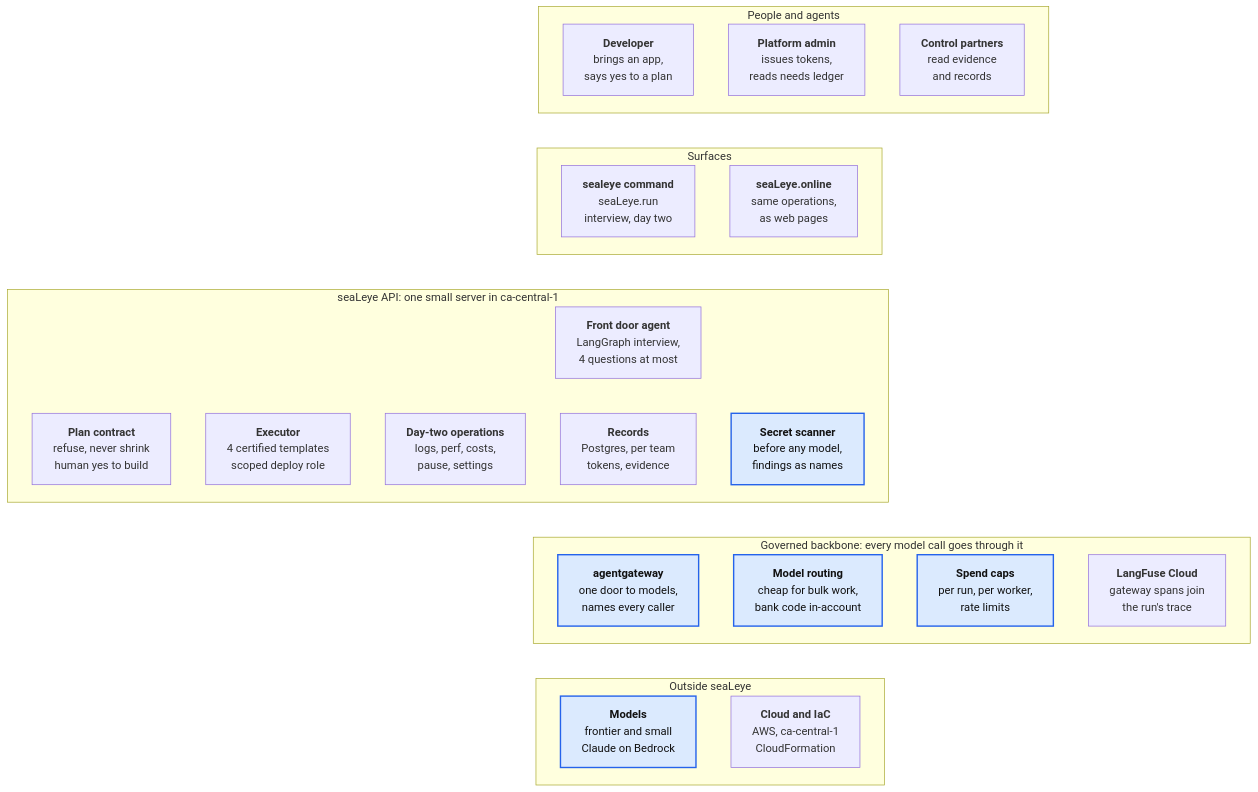
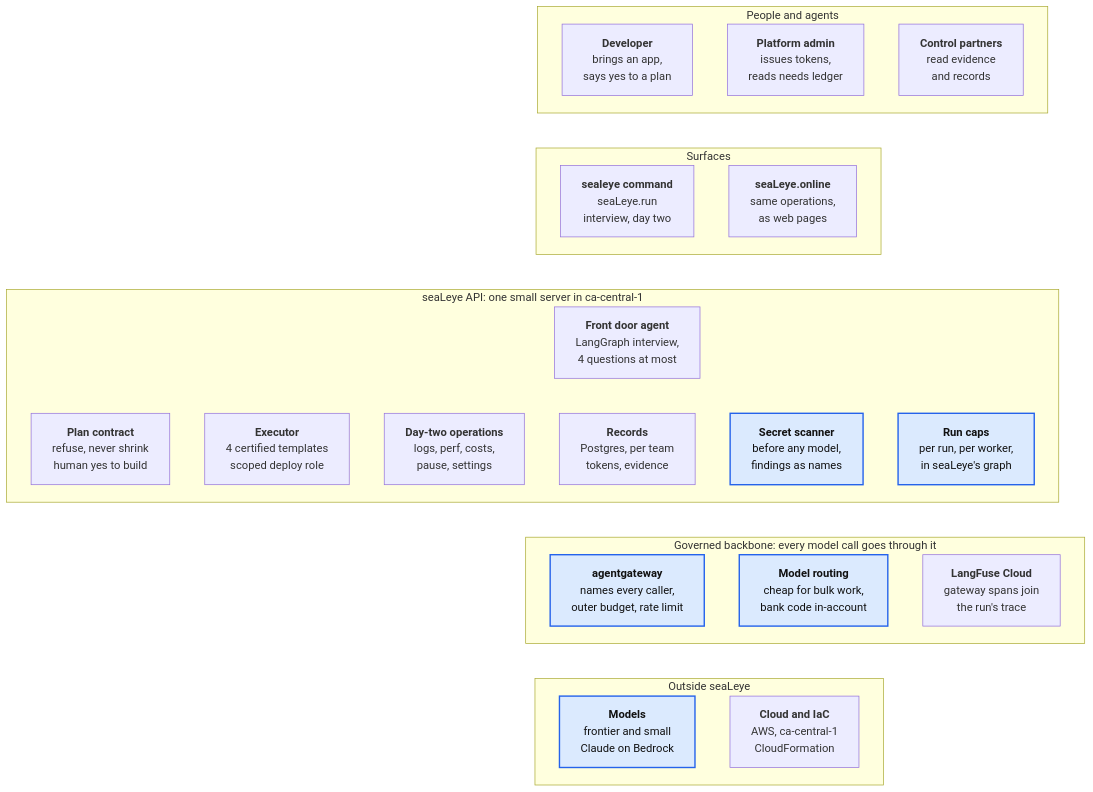
The third of 11 diagrams in docs/BUILD-OUT.md (GregKliewer/sealeye), drawn with Mermaid before and after one commit. The commit also changed other lines of this file and 4 other files, not shown here.

First line of the commit message:
Fixes from the independent read: run caps drawn in seaLeye, not the gateway

````diff
--- a/docs/BUILD-OUT.md
+++ b/docs/BUILD-OUT.md
@@ -83,37 +83,37 @@
 ```mermaid
 flowchart TB
   subgraph people["People and agents"]
     dev["<b>Developer</b><br/>brings an app,<br/>says yes to a plan"]
     admin["<b>Platform admin</b><br/>issues tokens,<br/>reads needs ledger"]
     control["<b>Control partners</b><br/>read evidence<br/>and records"]
   end
   subgraph surfaces["Surfaces"]
     cli["<b>sealeye command</b><br/>seaLeye.run<br/>interview, day two"]
     portal["<b>seaLeye.online</b><br/>same operations,<br/>as web pages"]
   end
   dev ~~~ cli
   subgraph api["seaLeye API: one small server in ca-central-1"]
     frontdoor["<b>Front door agent</b><br/>LangGraph interview,<br/>4 questions at most"]
     contract["<b>Plan contract</b><br/>refuse, never shrink<br/>human yes to build"]
     executor["<b>Executor</b><br/>4 certified templates<br/>scoped deploy role"]
     daytwo["<b>Day-two operations</b><br/>logs, perf, costs,<br/>pause, settings"]
     records["<b>Records</b><br/>Postgres, per team<br/>tokens, evidence"]
     scanner["<b>Secret scanner</b><br/>before any model,<br/>findings as names"]
+    caps["<b>Run caps</b><br/>per run, per worker,<br/>in seaLeye's graph"]
   end
   frontdoor ~~~ records
   cli ~~~ frontdoor
   subgraph backbone["Governed backbone: every model call goes through it"]
-    gateway["<b>agentgateway</b><br/>one door to models,<br/>names every caller"]
+    gateway["<b>agentgateway</b><br/>names every caller,<br/>outer budget, rate limit"]
     routing["<b>Model routing</b><br/>cheap for bulk work,<br/>bank code in-account"]
-    caps["<b>Spend caps</b><br/>per run, per worker,<br/>rate limits"]
     langfuse["<b>LangFuse Cloud</b><br/>gateway spans join<br/>the run's trace"]
   end
   records ~~~ gateway
   subgraph outside["Outside seaLeye"]
     models["<b>Models</b><br/>frontier and small<br/>Claude on Bedrock"]
     cloud["<b>Cloud and IaC</b><br/>AWS, ca-central-1<br/>CloudFormation"]
   end
   gateway ~~~ models
   classDef new fill:#dbeafe,stroke:#2563eb,stroke-width:2px,color:#111
   class caps,gateway,models,routing,scanner new
 ```
````
